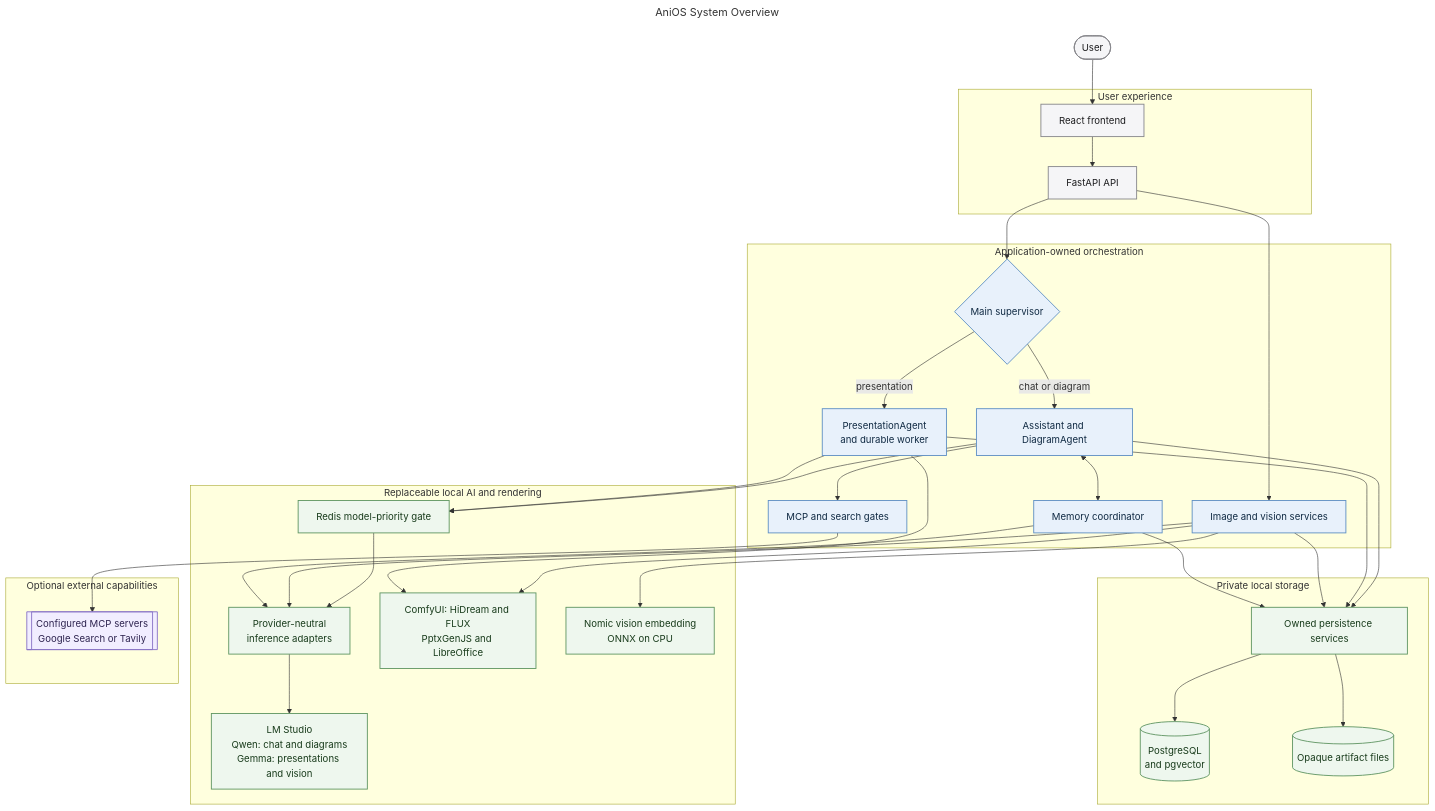
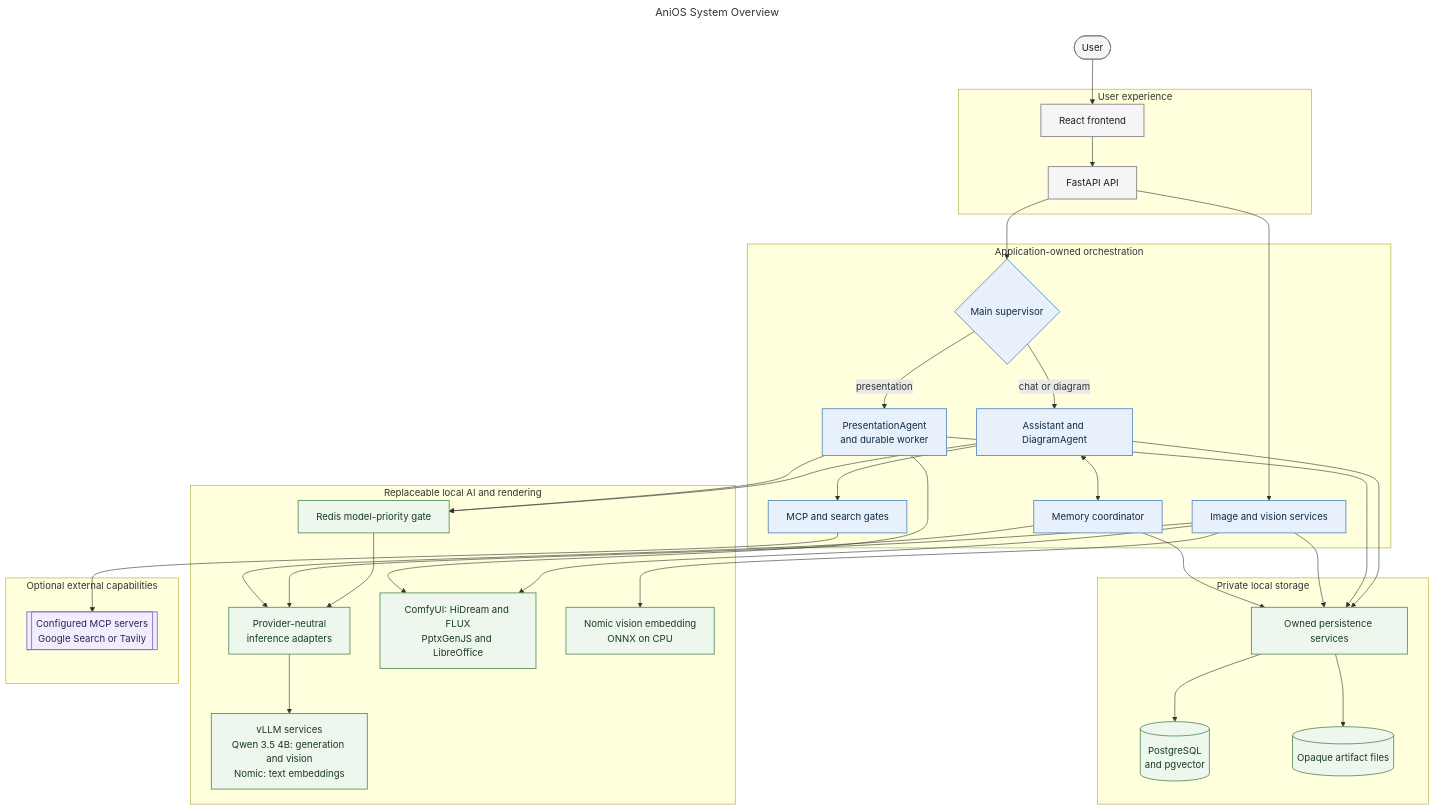
Before and after one commit to MallyaAni/PersonalAssistant: the diagram in docs/diagrams/anios-system.mmd, drawn with Mermaid. The commit also changed 41 other files, not shown here.

```diff
--- a/docs/diagrams/anios-system.mmd
+++ b/docs/diagrams/anios-system.mmd
@@ -1,73 +1,73 @@
 ---
 title: AniOS System Overview
 ---
 flowchart TB
     User([User])
 
     subgraph Experience[User experience]
         Frontend[React frontend]
         API[FastAPI API]
         Frontend --> API
     end
 
     subgraph Orchestration[Application-owned orchestration]
         Supervisor{Main supervisor}
         Conversation[Assistant and DiagramAgent]
         Presentation[PresentationAgent<br/>and durable worker]
         Memory[Memory coordinator]
         Visual[Image and vision services]
         Tools[MCP and search gates]
     end
 
     subgraph LocalAI[Replaceable local AI and rendering]
         ModelGate[Redis model-priority gate]
         Inference[Provider-neutral<br/>inference adapters]
-        LMStudio[LM Studio<br/>Qwen: chat and diagrams<br/>Gemma: presentations and vision]
+        VLLM[vLLM services<br/>Qwen 3.5 4B: generation and vision<br/>Nomic: text embeddings]
         Media[ComfyUI: HiDream and FLUX<br/>PptxGenJS and LibreOffice]
         VisionEmbed[Nomic vision embedding<br/>ONNX on CPU]
     end
 
     subgraph Storage[Private local storage]
         Repositories[Owned persistence services]
         Database[(PostgreSQL<br/>and pgvector)]
         Files[(Opaque artifact files)]
         Repositories --> Database
         Repositories --> Files
     end
 
     subgraph External[Optional external capabilities]
         Integrations[[Configured MCP servers<br/>Google Search or Tavily]]
     end
 
     User --> Frontend
     API --> Supervisor
     Supervisor -->|chat or diagram| Conversation
     Supervisor -->|presentation| Presentation
     API --> Visual
     Conversation <--> Memory
 
     Conversation --> Tools --> Integrations
 
     Conversation --> ModelGate
     Presentation --> ModelGate
     ModelGate --> Inference
     Visual --> Inference
     Memory --> Inference
-    Inference --> LMStudio
+    Inference --> VLLM
     Visual --> Media
     Visual --> VisionEmbed
     Presentation --> Media
 
     Conversation --> Repositories
     Presentation --> Repositories
     Visual --> Repositories
     Memory --> Repositories
 
     classDef interface fill:#f5f5f7,stroke:#86868b,color:#1d1d1f,stroke-width:1.5px;
     classDef application fill:#e8f1fb,stroke:#5e8fc4,color:#102a43,stroke-width:1.5px;
     classDef infrastructure fill:#eef7ee,stroke:#5f9562,color:#183b1b,stroke-width:1.5px;
     classDef external fill:#f1edff,stroke:#8872c6,color:#2e2450,stroke-width:1.5px;
     class User,Frontend,API interface;
     class Supervisor,Conversation,Presentation,Memory,Visual,Tools application;
-    class ModelGate,Inference,LMStudio,Media,VisionEmbed,Repositories,Database,Files infrastructure;
+    class ModelGate,Inference,VLLM,Media,VisionEmbed,Repositories,Database,Files infrastructure;
     class Integrations external;
```
